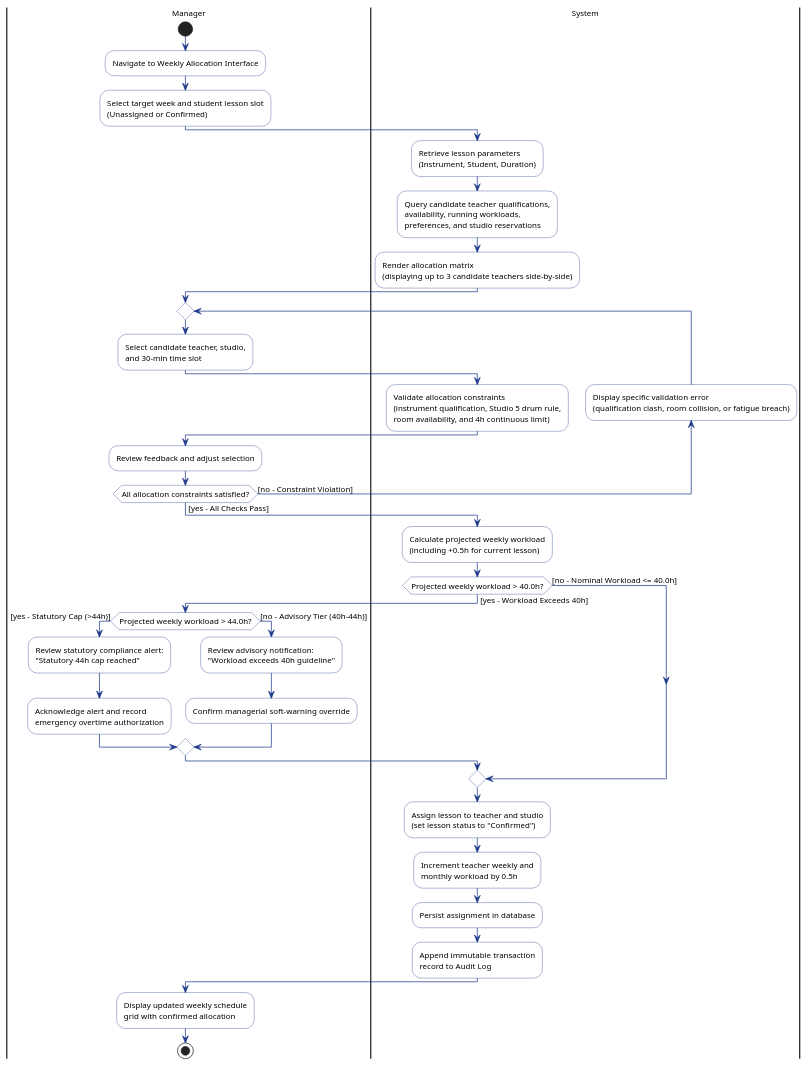
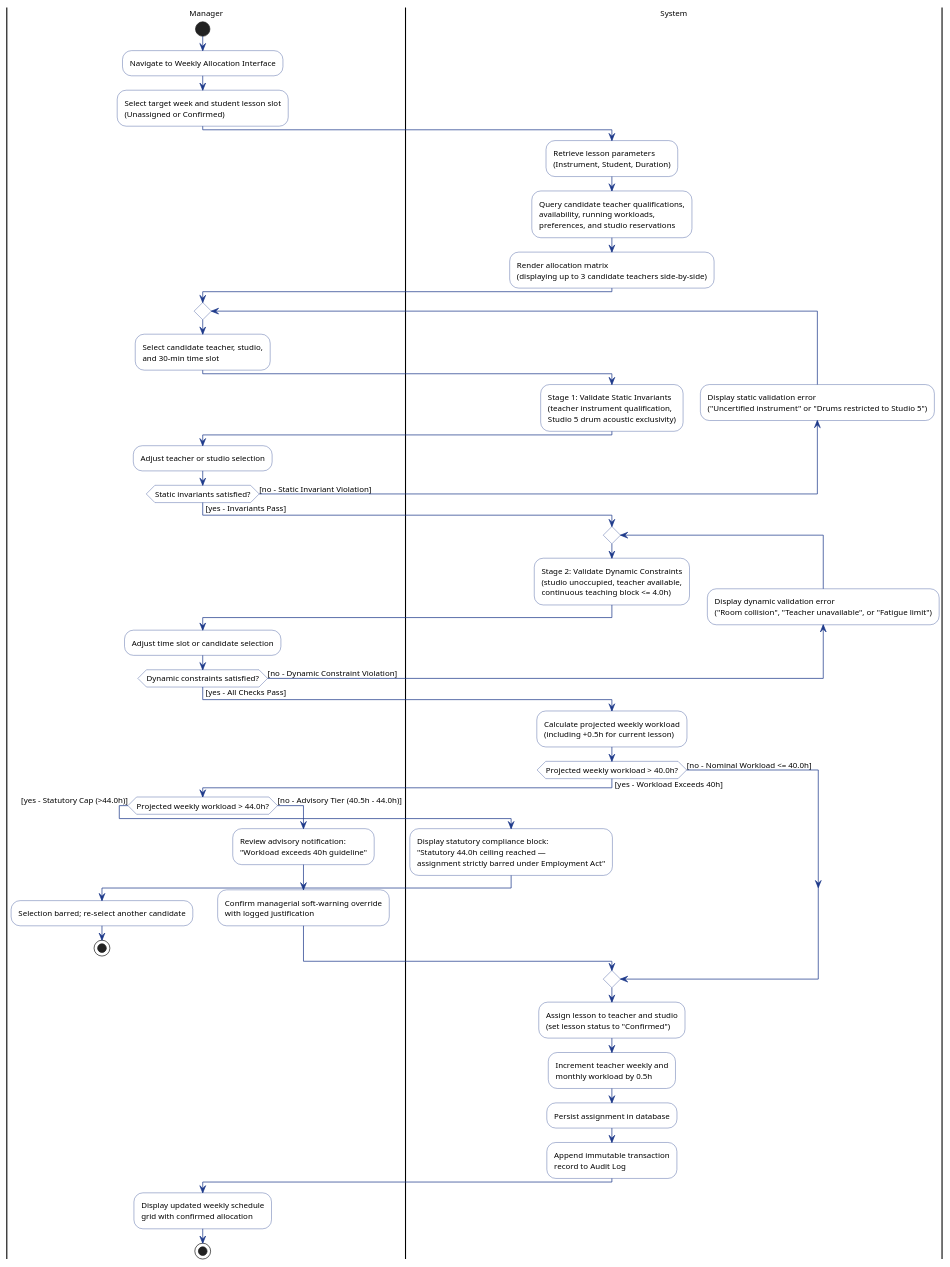
One commit to adoreblvnk/2001temp changed the diagram in report/assets/activity_allocation.puml. Above: the diagram before and after it, drawn with PlantUML. The commit also changed 7 other files, not shown here.

First line of the commit message:
fix(constraints): separate static and dynamic constraint evaluation and enforce 44h ceiling upfront

```diff
--- a/report/assets/activity_allocation.puml
+++ b/report/assets/activity_allocation.puml
@@ -1,75 +1,90 @@
 @startuml activity_allocation
 skinparam defaultFontName "Helvetica", "Arial", sans-serif
 skinparam defaultFontSize 11
 skinparam ranksep 40
 skinparam nodesep 30
 skinparam activity {
     BackgroundColor #FFFFFF
     BorderColor #1E3A8A
     ArrowColor #1E3A8A
     DiamondBorderColor #1E3A8A
     DiamondBackgroundColor #FFFFFF
 }
 
 |Manager|
 start
 :Navigate to Weekly Allocation Interface;
 :Select target week and student lesson slot
 (Unassigned or Confirmed);
 
 |System|
 :Retrieve lesson parameters
 (Instrument, Student, Duration);
 :Query candidate teacher qualifications,
 availability, running workloads,
 preferences, and studio reservations;
 :Render allocation matrix
 (displaying up to 3 candidate teachers side-by-side);
 
 |Manager|
 repeat
     :Select candidate teacher, studio,
     and 30-min time slot;
     |System|
-    :Validate allocation constraints
-    (instrument qualification, Studio 5 drum rule,
-    room availability, and 4h continuous limit);
-backward:Display specific validation error
-(qualification clash, room collision, or fatigue breach);
-|Manager|
-:Review feedback and adjust selection;
-repeat while (All allocation constraints satisfied?) is ([no - Constraint Violation]) not ([yes - All Checks Pass])
+    :Stage 1: Validate Static Invariants
+    (teacher instrument qualification,
+    Studio 5 drum acoustic exclusivity);
+    backward:Display static validation error
+    ("Uncertified instrument" or "Drums restricted to Studio 5");
+    |Manager|
+    :Adjust teacher or studio selection;
+repeat while (Static invariants satisfied?) is ([no - Static Invariant Violation]) not ([yes - Invariants Pass])
+
+|System|
+repeat
+    :Stage 2: Validate Dynamic Constraints
+    (studio unoccupied, teacher available,
+    continuous teaching block <= 4.0h);
+    backward:Display dynamic validation error
+    ("Room collision", "Teacher unavailable", or "Fatigue limit");
+    |Manager|
+    :Adjust time slot or candidate selection;
+repeat while (Dynamic constraints satisfied?) is ([no - Dynamic Constraint Violation]) not ([yes - All Checks Pass])
 
 |System|
 :Calculate projected weekly workload
 (including +0.5h for current lesson);
 
 if (Projected weekly workload > 40.0h?) then ([yes - Workload Exceeds 40h])
     |Manager|
-    if (Projected weekly workload > 44.0h?) then ([yes - Statutory Cap (>44h)])
-        :Review statutory compliance alert:
-        "Statutory 44h cap reached";
-        :Acknowledge alert and record
-        emergency overtime authorization;
-    else ([no - Advisory Tier (40h-44h)])
+    if (Projected weekly workload > 44.0h?) then ([yes - Statutory Cap (>44.0h)])
+        |System|
+        :Display statutory compliance block:
+        "Statutory 44.0h ceiling reached —
+        assignment strictly barred under Employment Act";
+        |Manager|
+        :Selection barred; re-select another candidate;
+        stop
+    else ([no - Advisory Tier (40.5h - 44.0h)])
         :Review advisory notification:
         "Workload exceeds 40h guideline";
-        :Confirm managerial soft-warning override;
+        :Confirm managerial soft-warning override
+        with logged justification;
     endif
 else ([no - Nominal Workload <= 40.0h])
 endif
 
 |System|
 :Assign lesson to teacher and studio
 (set lesson status to "Confirmed");
 :Increment teacher weekly and
 monthly workload by 0.5h;
 :Persist assignment in database;
 :Append immutable transaction
 record to Audit Log;
 
 |Manager|
 :Display updated weekly schedule
 grid with confirmed allocation;
 stop
 @enduml
```
